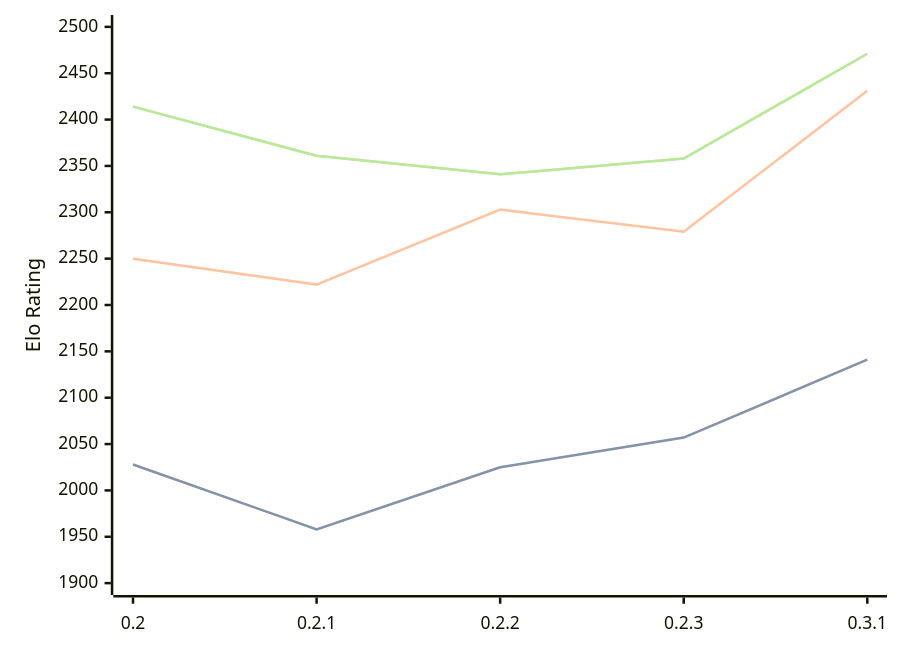
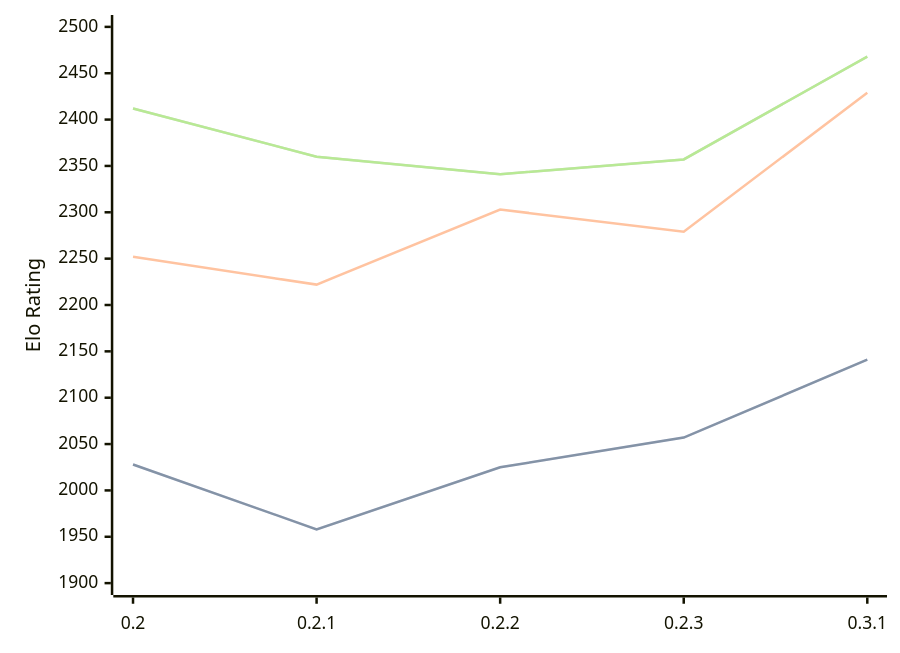
The diagram in engines/Lolbot.md (computer-chess-index/cci), drawn with Mermaid before and after one commit. The commit also changed other lines of this file, not shown here.

Commit message:
Update CCI Ratings (ELO VLTC) - 2026-04-23

````diff
--- a/engines/Lolbot.md
+++ b/engines/Lolbot.md
@@ -36,11 +36,11 @@
 ```mermaid
 %%{init: {"theme":"base","themeVariables":{"seriesColors:['#a3a3a3','#222221','#faa371']}}}%%
 xychart-beta
   x-axis ["0.2", "0.2.1", "0.2.2", "0.2.3", "0.3.1"]
   y-axis "Elo Rating" 1900 --> 2500
   line "STC (8.0+0.08s)" [2028, 1958, 2025, 2057, 2141]
   line "STC (8.0+0.08s)" [2028, 1958, 2025, 2057, 2141]
-  line "LTC (60.0+0.60s)" [2250, 2222, 2303, 2279, 2431]
-  line "VLTC (2m24s+1.12s)" [2414, 2361, 2341, 2358, 2471]
-  line "VLTC (2m24s+1.12s)" [2414, 2361, 2341, 2358, 2471]
+  line "LTC (60.0+0.60s)" [2252, 2222, 2303, 2279, 2429]
+  line "VLTC (2m24s+1.12s)" [2412, 2360, 2341, 2357, 2468]
+  line "VLTC (2m24s+1.12s)" [2412, 2360, 2341, 2357, 2468]
 ```
````
